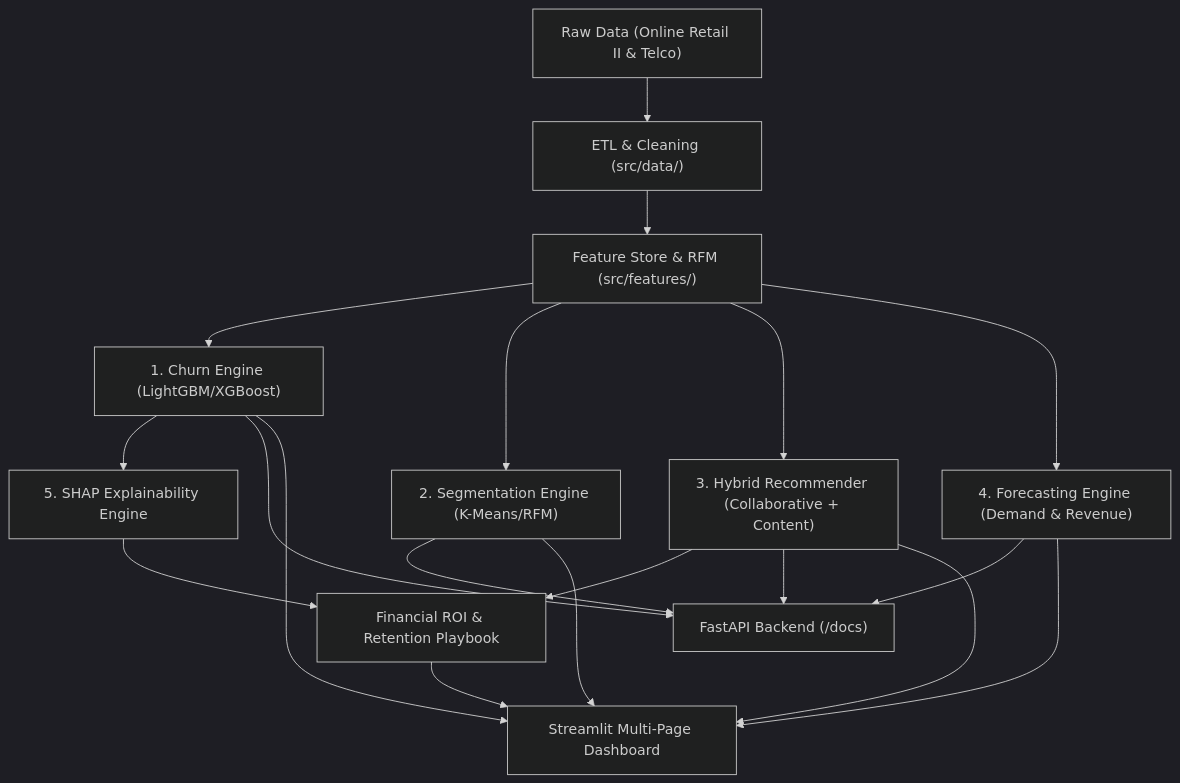
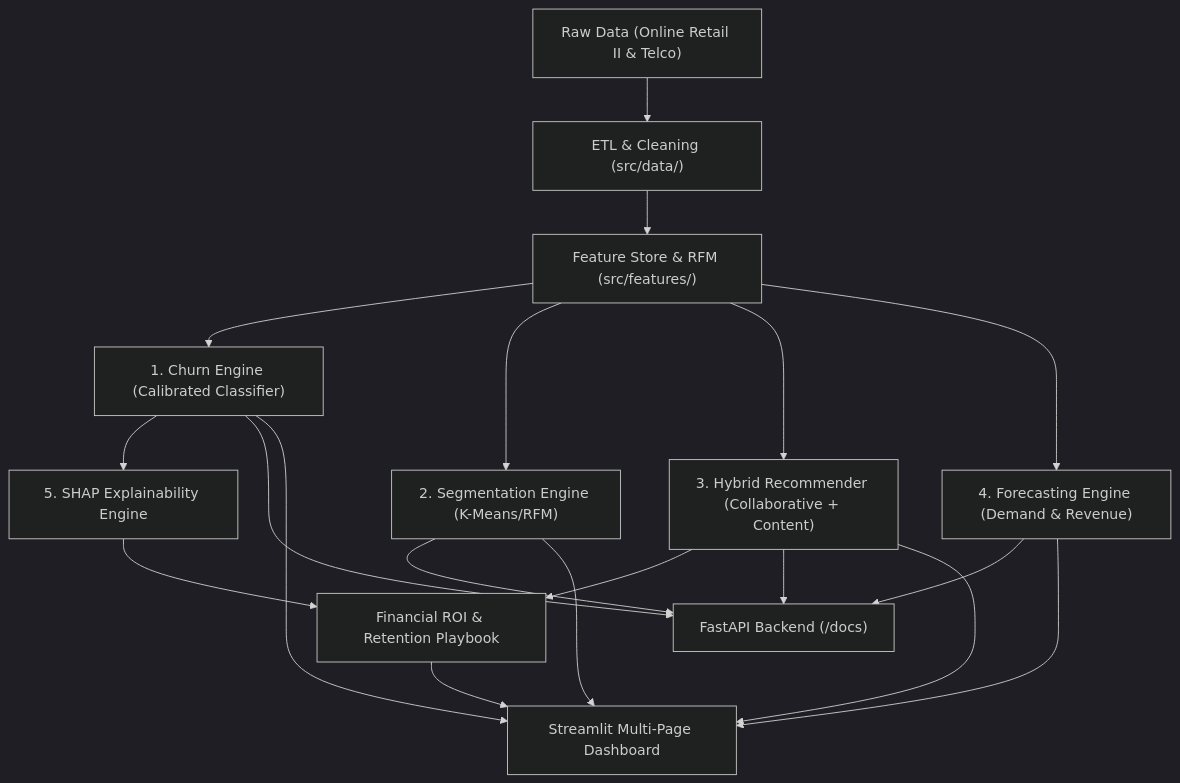
The diagram in README.md (lakshmsh/customer_analytics_platform), drawn with Mermaid (dark theme) before and after one commit. The commit also changed other lines of this file and 7 other files, not shown here.

````diff
--- a/README.md
+++ b/README.md
@@ -40,17 +59,17 @@
 ```mermaid
 flowchart TD
     RAW["Raw Data (Online Retail II & Telco)"] --> ETL["ETL & Cleaning (src/data/)"]
     ETL --> FE["Feature Store & RFM (src/features/)"]
     
-    FE --> CHURN["1. Churn Engine (LightGBM/XGBoost)"]
+    FE --> CHURN["1. Churn Engine (Calibrated Classifier)"]
     FE --> SEG["2. Segmentation Engine (K-Means/RFM)"]
     FE --> REC["3. Hybrid Recommender (Collaborative + Content)"]
     FE --> FC["4. Forecasting Engine (Demand & Revenue)"]
     
     CHURN --> SHAP["5. SHAP Explainability Engine"]
     SHAP --> ROI["Financial ROI & Retention Playbook"]
     REC --> ROI
     
     CHURN & SEG & REC & FC --> API["FastAPI Backend (/docs)"]
     CHURN & SEG & REC & FC & ROI --> APP["Streamlit Multi-Page Dashboard"]
 ```
````
